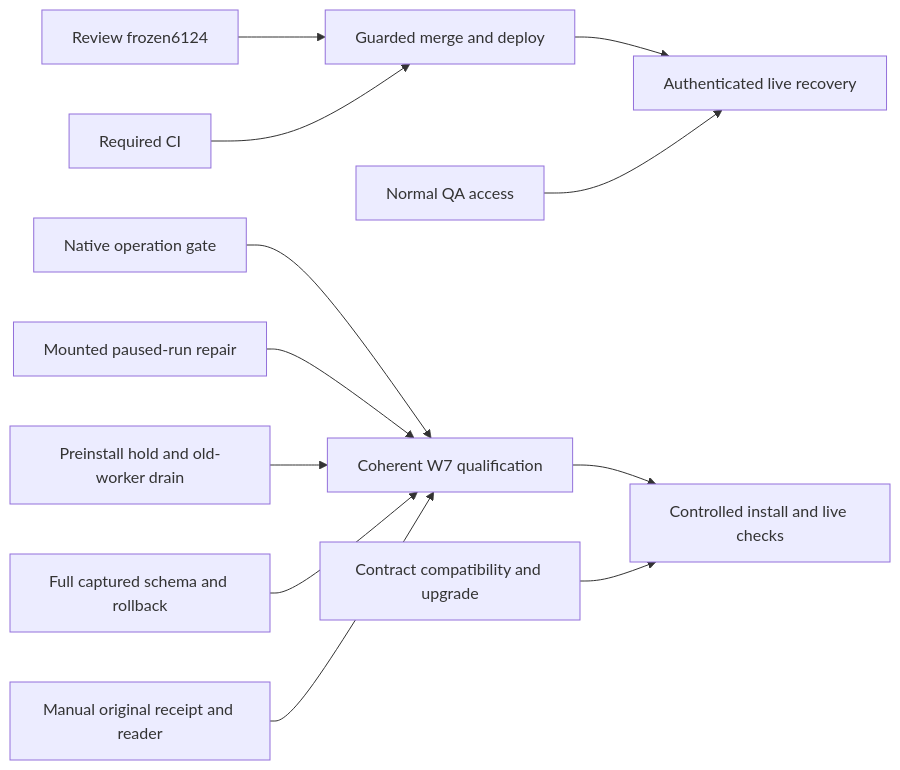
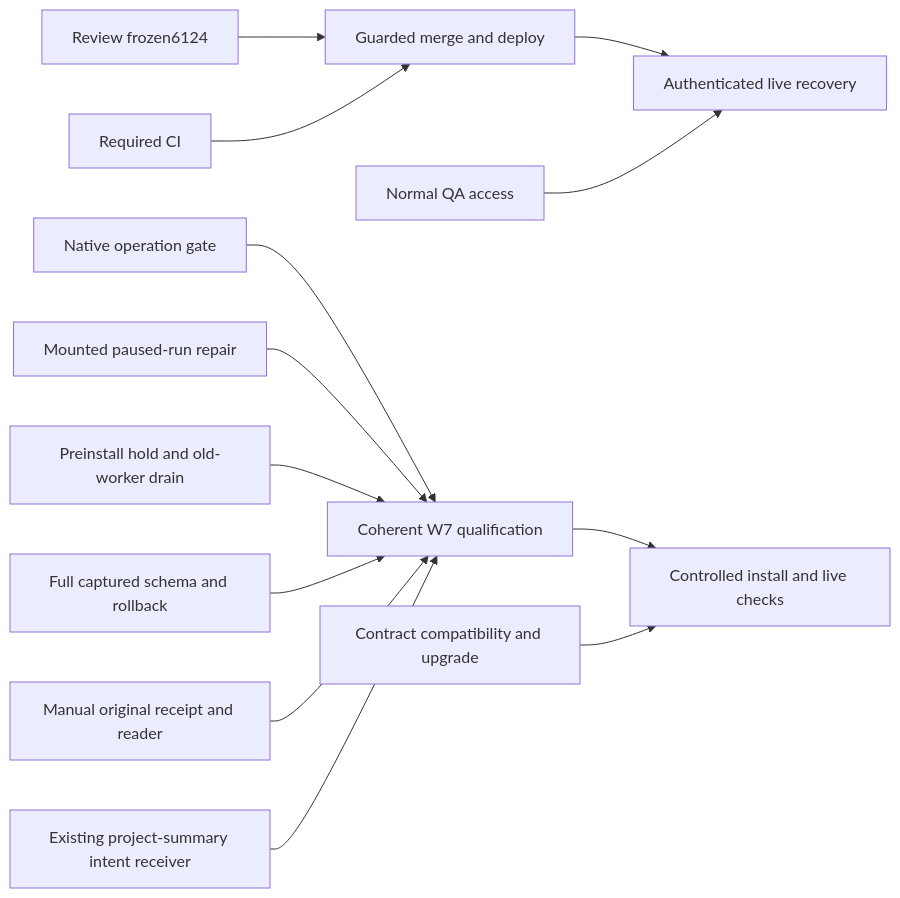
One commit to jtobkin/supraos-workflow-plan changed the first of 2 diagrams in Delivery-Path-Release-Plan.md. Above: the diagram before and after it, drawn with Mermaid. The commit also changed other lines of this file and 2 other files, not shown here.

````diff
--- a/Delivery-Path-Release-Plan.md
+++ b/Delivery-Path-Release-Plan.md
@@ -29,14 +30,15 @@
 ```mermaid
 flowchart LR
  S1[Review frozen6124] --> S4[Guarded merge and deploy]
  S2[Required CI] --> S4
  S4 --> S5[Authenticated live recovery]
  S3[Normal QA access] --> S5
  W1[Native operation gate] --> W4[Coherent W7 qualification]
  W2[Mounted paused-run repair] --> W4
  W3[Preinstall hold and old-worker drain] --> W4
  WP[Full captured schema and rollback] --> W4
  WM[Manual original receipt and reader] --> W4
+ WB[Existing project-summary intent receiver] --> W4
  W4 --> W5[Controlled install and live checks]
  L1[Contract compatibility and upgrade] --> W5
 ```
````
